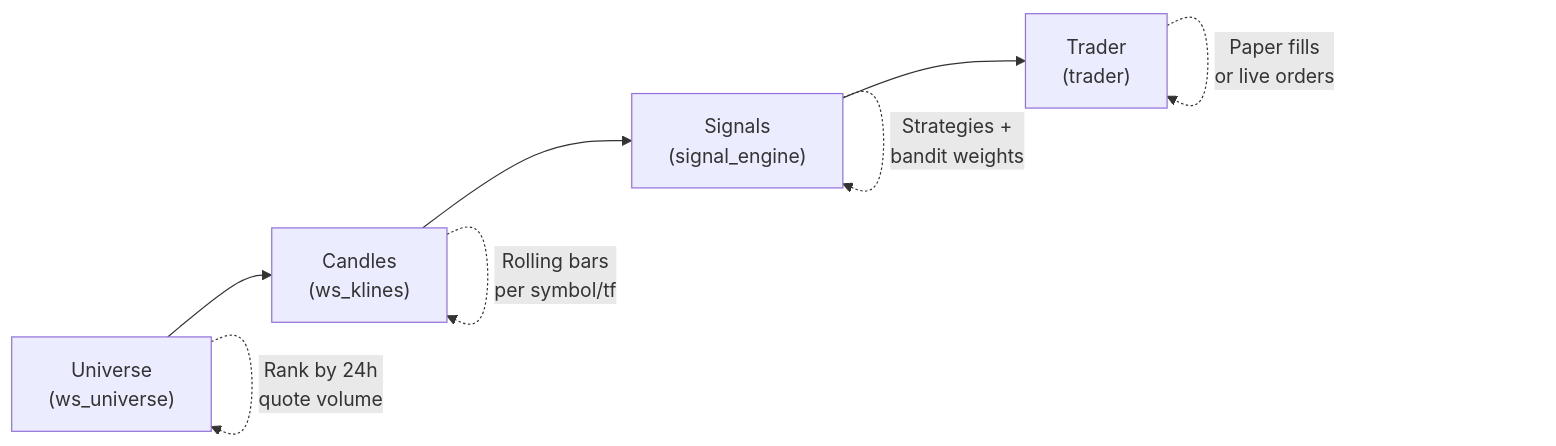
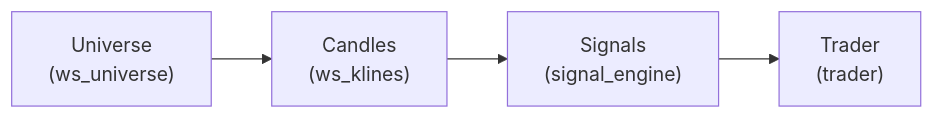
One commit to cyberjunky/smart_scanner changed the diagram in README.md. Above: the diagram before and after it, drawn with Mermaid.

Commit message:
Improved flowchart

````diff
--- a/README.md
+++ b/README.md
@@ -138,11 +138,6 @@
 ```mermaid
 flowchart LR
-    A["Universe<br/>(ws_universe)"] --> B["Candles<br/>(ws_klines)"]
-    B --> C["Signals<br/>(signal_engine)"]
-    C --> D["Trader<br/>(trader)"]
-    
-    A -.-> |"Rank by 24h<br/>quote volume"| A
-    B -.-> |"Rolling bars<br/>per symbol/tf"| B
-    C -.-> |"Strategies +<br/>bandit weights"| C
-    D -.-> |"Paper fills<br/>or live orders"| D
+    Universe["Universe<br/>(ws_universe)"] --> Candles["Candles<br/>(ws_klines)"]
+    Candles --> Signals["Signals<br/>(signal_engine)"]
+    Signals --> Trader["Trader<br/>(trader)"]
 ```
````
